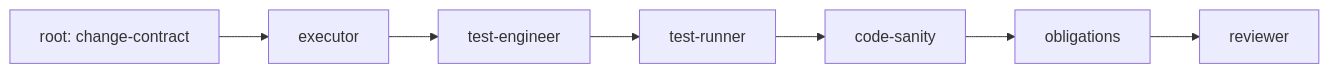
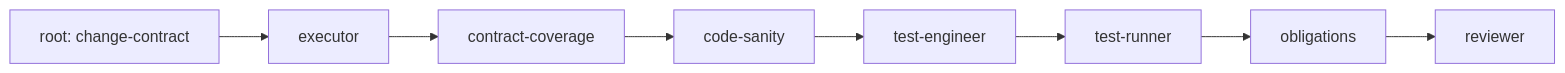
The third of 14 diagrams in docs/design/chain-templates.md (xtrm-dev/specialists), drawn with Mermaid before and after one commit. The commit also changed other lines of this file and 3 other files, not shown here.

````diff
--- a/docs/design/chain-templates.md
+++ b/docs/design/chain-templates.md
@@ -225,9 +248,10 @@
 ```mermaid
 flowchart LR
   root[root: change-contract] --> executor
-  executor --> test-engineer
+  executor --> contract-coverage
+  contract-coverage --> code-sanity
+  code-sanity --> test-engineer
   test-engineer --> test-runner
-  test-runner --> code-sanity
-  code-sanity --> obligations
+  test-runner --> obligations
   obligations --> reviewer
 ```
````
